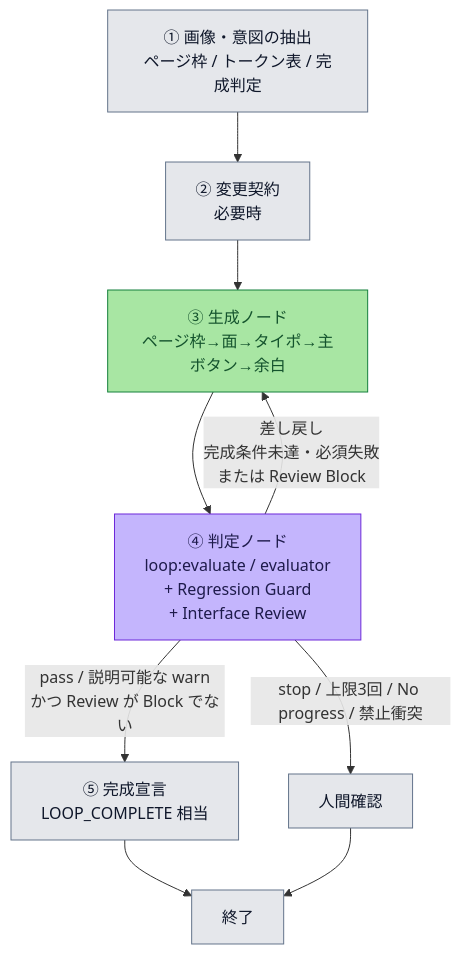
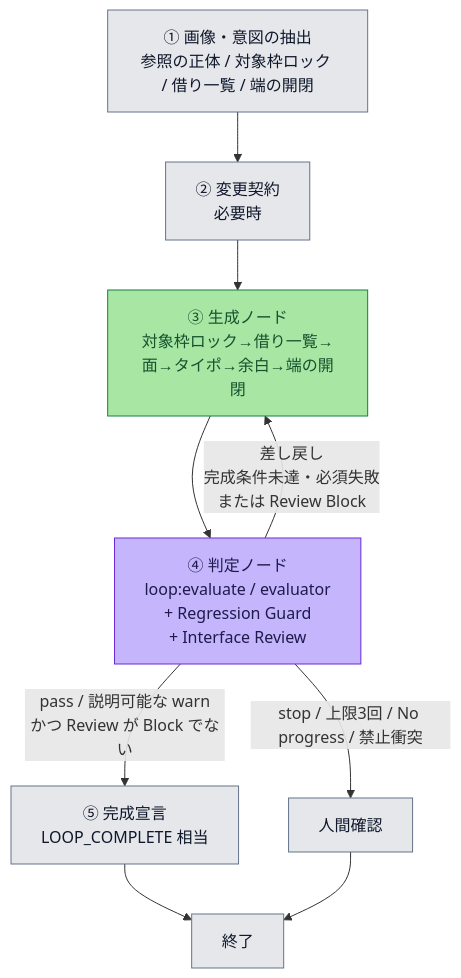
The diagram in loops/graphs/ui-polish.mmd (nishimura-yuya-git/dentacle), drawn with Mermaid before and after one commit. The commit also changed 72 other files, not shown here.

```diff
--- a/loops/graphs/ui-polish.mmd
+++ b/loops/graphs/ui-polish.mmd
@@ -1,29 +1,29 @@
 %% UI Polish Loop の外側 Graph（Sequential + 差し戻し）
 %% 正本: loops/goals/ui-polish.md
 %% 凡例:
 %%   灰: 入口・出口・人間確認
 %%   緑: 生成ノード（内側は Loop 型で AI が次手を決める）
 %%   紫: 判定ノード（完成ゲート。遷移は定義済み）
 %% maxIterations: ③→④ の往復は最大 3 回
 
 flowchart TD
-  IN["① 画像・意図の抽出<br/>ページ枠 / トークン表 / 完成判定"] --> CONTRACT["② 変更契約<br/>必要時"]
-  CONTRACT --> GEN["③ 生成ノード<br/>ページ枠→面→タイポ→主ボタン→余白"]
+  IN["① 画像・意図の抽出<br/>参照の正体 / 対象枠ロック / 借り一覧 / 端の開閉"] --> CONTRACT["② 変更契約<br/>必要時"]
+  CONTRACT --> GEN["③ 生成ノード<br/>対象枠ロック→借り一覧→面→タイポ→余白→端の開閉"]
   GEN --> JUDGE["④ 判定ノード<br/>loop:evaluate / evaluator<br/>+ Regression Guard<br/>+ Interface Review"]
 
   JUDGE -->|"pass / 説明可能な warn<br/>かつ Review が Block でない"| DONE["⑤ 完成宣言<br/>LOOP_COMPLETE 相当"]
   JUDGE -->|"差し戻し<br/>完成条件未達・必須失敗<br/>または Review Block"| GEN
   JUDGE -->|"stop / 上限3回 / No progress / 禁止衝突"| HUMAN["人間確認"]
 
   DONE --> OUT["終了"]
   HUMAN --> OUT
 
   classDef entry fill:#e5e7eb,stroke:#64748b,color:#0f172a
   classDef gen fill:#a8e6a3,stroke:#15803d,color:#14532d
   classDef judge fill:#c4b5fd,stroke:#6d28d9,color:#1e1b4b
   classDef exit fill:#e5e7eb,stroke:#64748b,color:#0f172a
 
   class IN,CONTRACT,OUT entry
   class GEN gen
   class JUDGE judge
   class DONE,HUMAN exit
```
